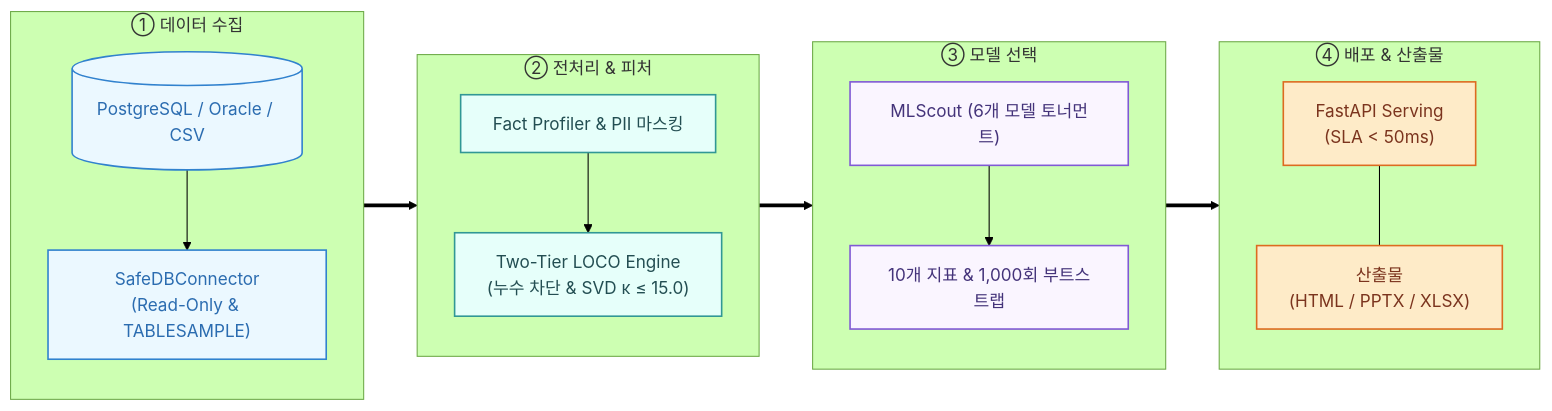
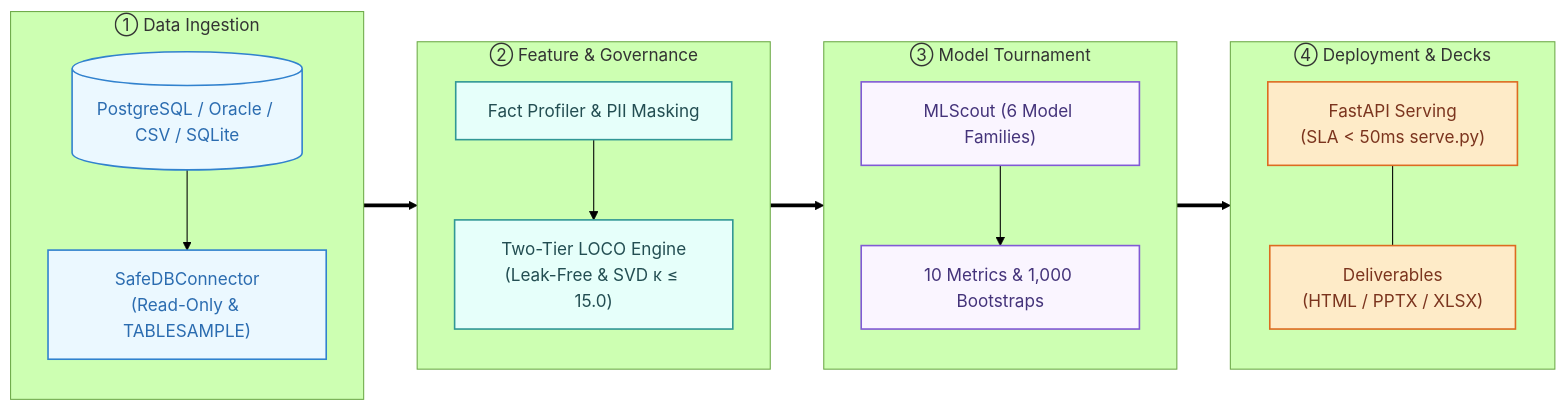
Before and after one commit to kc9302/auto-data-analyzer-: the diagram in README.md, drawn with Mermaid (forest theme). The commit also changed other lines of this file and 6 other files, not shown here.

````diff
--- a/README.md
+++ b/README.md
@@ -20,42 +76,42 @@
 ```mermaid
 flowchart LR
-    subgraph S1 ["① 데이터 수집"]
+    subgraph S1 ["① Data Ingestion"]
         direction TB
-        DB[("PostgreSQL / Oracle / CSV")]
+        DB[("PostgreSQL / Oracle / CSV / SQLite")]
         Safe["SafeDBConnector<br/>(Read-Only & TABLESAMPLE)"]
         DB --> Safe
     end
 
-    subgraph S2 ["② 전처리 & 피처"]
+    subgraph S2 ["② Feature & Governance"]
         direction TB
-        Gov["Fact Profiler & PII 마스킹"]
-        LOCO["Two-Tier LOCO Engine<br/>(누수 차단 & SVD κ ≤ 15.0)"]
+        Gov["Fact Profiler & PII Masking"]
+        LOCO["Two-Tier LOCO Engine<br/>(Leak-Free & SVD κ ≤ 15.0)"]
         Gov --> LOCO
     end
 
-    subgraph S3 ["③ 모델 선택"]
+    subgraph S3 ["③ Model Tournament"]
         direction TB
-        Scout["MLScout (6개 모델 토너먼트)"]
-        Stat["10개 지표 & 1,000회 부트스트랩"]
+        Scout["MLScout (6 Model Families)"]
+        Stat["10 Metrics & 1,000 Bootstraps"]
         Scout --> Stat
     end
 
-    subgraph S4 ["④ 배포 & 산출물"]
+    subgraph S4 ["④ Deployment & Decks"]
         direction TB
-        Serve["FastAPI Serving<br/>(SLA < 50ms)"]
-        Docs["산출물<br/>(HTML / PPTX / XLSX)"]
+        Serve["FastAPI Serving<br/>(SLA < 50ms serve.py)"]
+        Docs["Deliverables<br/>(HTML / PPTX / XLSX)"]
         Serve --- Docs
     end
 
     S1 ==> S2 ==> S3 ==> S4
 
     classDef s1 fill:#EBF8FF,stroke:#3182CE,stroke-width:1.5px,color:#2B6CB0;
     classDef s2 fill:#E6FFFA,stroke:#319795,stroke-width:1.5px,color:#234E52;
     classDef s3 fill:#FAF5FF,stroke:#805AD5,stroke-width:1.5px,color:#44337A;
     classDef s4 fill:#FEEBC8,stroke:#DD6B20,stroke-width:1.5px,color:#7B341E;
 
     class DB,Safe s1;
     class Gov,LOCO s2;
     class Scout,Stat s3;
     class Serve,Docs s4;
 ```
````
